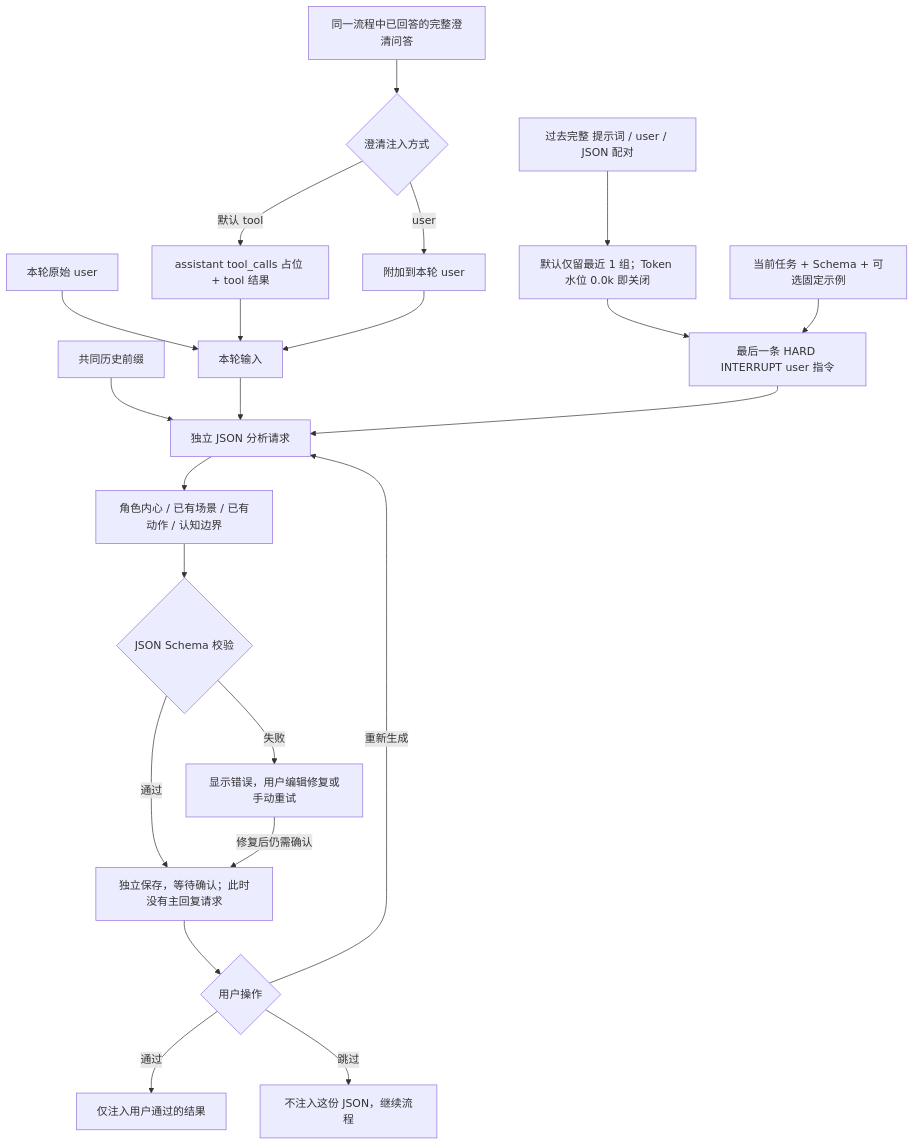
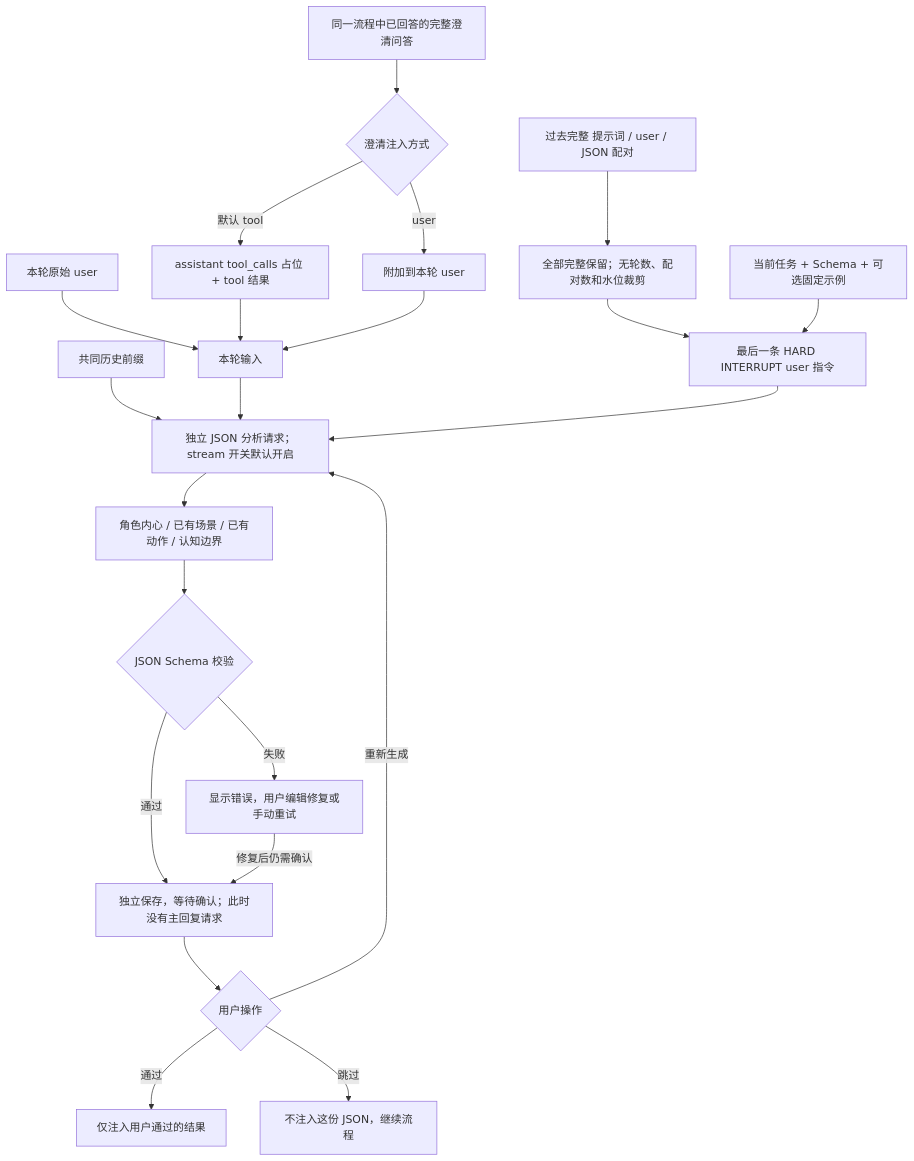
The third of 7 diagrams in docs/PLUGINS.md (ccawmiku/workers-chat), drawn with Mermaid before and after one commit. The commit also changed other lines of this file and 12 other files, not shown here.

````diff
--- a/docs/PLUGINS.md
+++ b/docs/PLUGINS.md
@@ -91,24 +93,24 @@
 ```mermaid
 flowchart TD
-    H[共同历史前缀] --> Request[独立 JSON 分析请求]
+    H[共同历史前缀] --> Request[独立 JSON 分析请求；stream 开关默认开启]
     U[本轮原始 user] --> Context[本轮输入]
     Q[同一流程中已回答的完整澄清问答] --> Mode{澄清注入方式}
     Mode -->|默认 tool| Tool[assistant tool_calls 占位 + tool 结果]
     Mode -->|user| Append[附加到本轮 user]
     Tool --> Context
     Append --> Context
     Context --> Request
-    Old[过去完整 提示词 / user / JSON 配对] --> Limit[默认仅留最近 1 组；Token 水位 0.0k 即关闭]
+    Old[过去完整 提示词 / user / JSON 配对] --> Limit[全部完整保留；无轮数、配对数和水位裁剪]
     Limit --> Tail[最后一条 HARD INTERRUPT user 指令]
     Prompt[当前任务 + Schema + 可选固定示例] --> Tail
     Tail --> Request
     Request --> Result[角色内心 / 已有场景 / 已有动作 / 认知边界]
     Result --> Validate{JSON Schema 校验}
     Validate -->|通过| Store[独立保存，等待确认；此时没有主回复请求]
     Store --> Choice{用户操作}
     Choice -->|重新生成| Request
     Choice -->|通过| Inject[仅注入用户通过的结果]
     Choice -->|跳过| Skip[不注入这份 JSON，继续流程]
     Validate -->|失败| Fix[显示错误，用户编辑修复或手动重试]
     Fix -->|修复后仍需确认| Store
 ```
````
